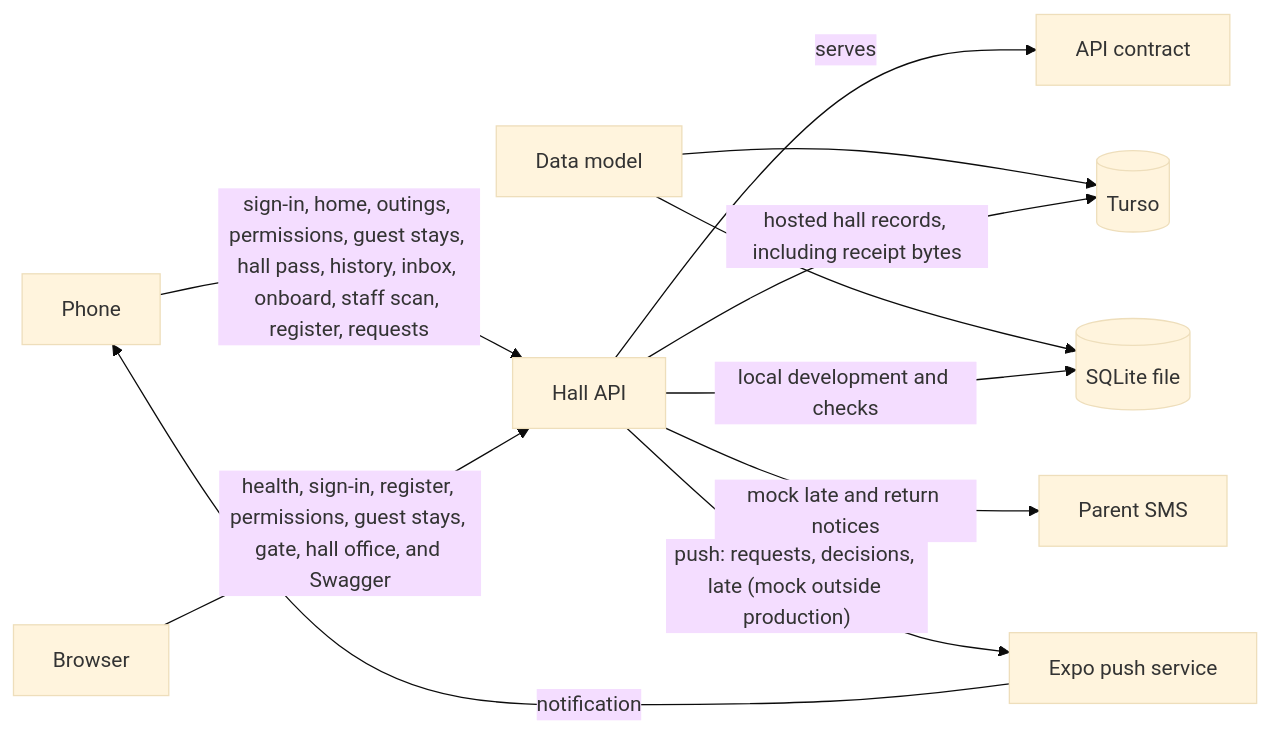
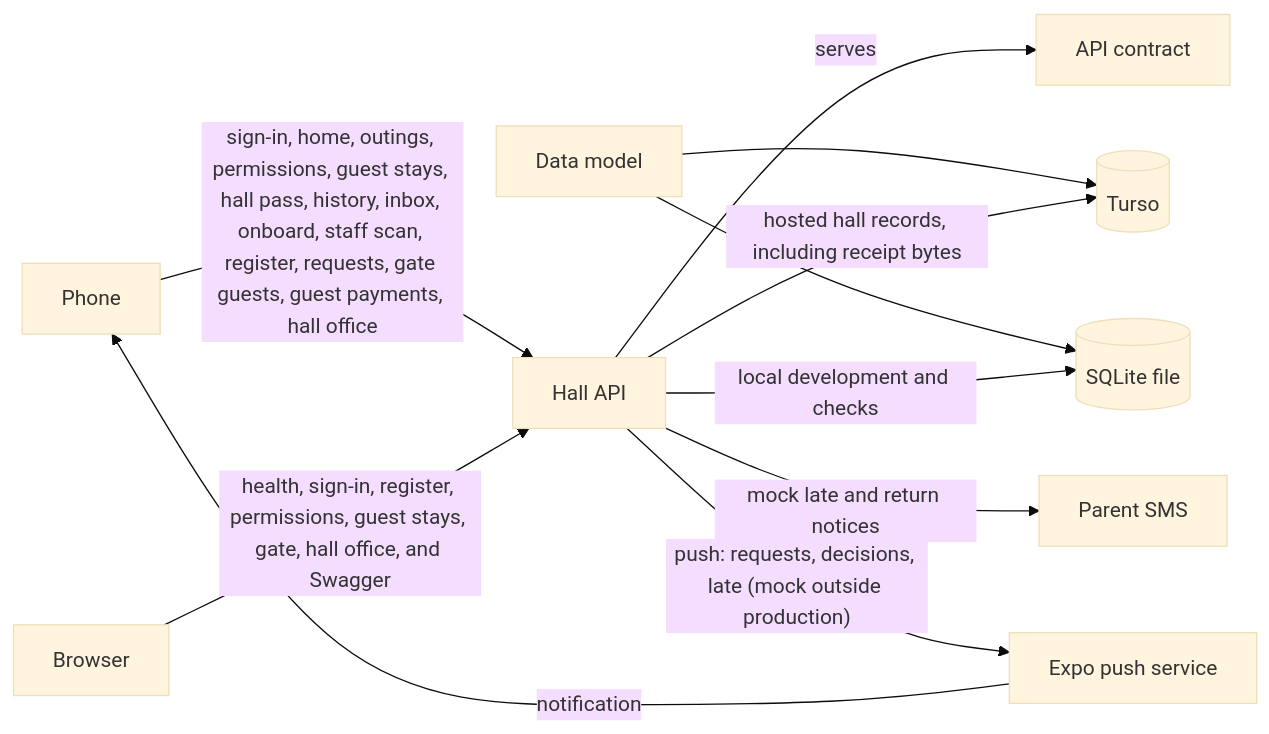
Before and after one commit to AbuIqbal123/BSJ-Hostel-Management: the diagram in docs/architecture/system-architecture.md, drawn with Mermaid (base theme). The commit also changed other lines of this file and 1 other file, not shown here.

Commit message:
docs: phone reaches gate guests, guest payments, and the hall office

````diff
--- a/docs/architecture/system-architecture.md
+++ b/docs/architecture/system-architecture.md
@@ -7,13 +7,13 @@
 ```mermaid
 flowchart LR
-  phone["Phone"] -->|"sign-in, home, outings, permissions, guest stays, hall pass, history, inbox, onboard, staff scan, register, requests"| api["Hall API"]
+  phone["Phone"] -->|"sign-in, home, outings, permissions, guest stays, hall pass, history, inbox, onboard, staff scan, register, requests, gate guests, guest payments, hall office"| api["Hall API"]
   browser["Browser"] -->|"health, sign-in, register, permissions, guest stays, gate, hall office, and Swagger"| api
   api -->|"serves"| contract["API contract"]
   model["Data model"] --> turso[("Turso")]
   model --> filedb[("SQLite file")]
   api -->|"hosted hall records, including receipt bytes"| turso
   api -->|"local development and checks"| filedb
   api -->|"mock late and return notices"| sms["Parent SMS"]
   api -->|"push: requests, decisions, late (mock outside production)"| expo["Expo push service"]
   expo -->|"notification"| phone
 ```
````
